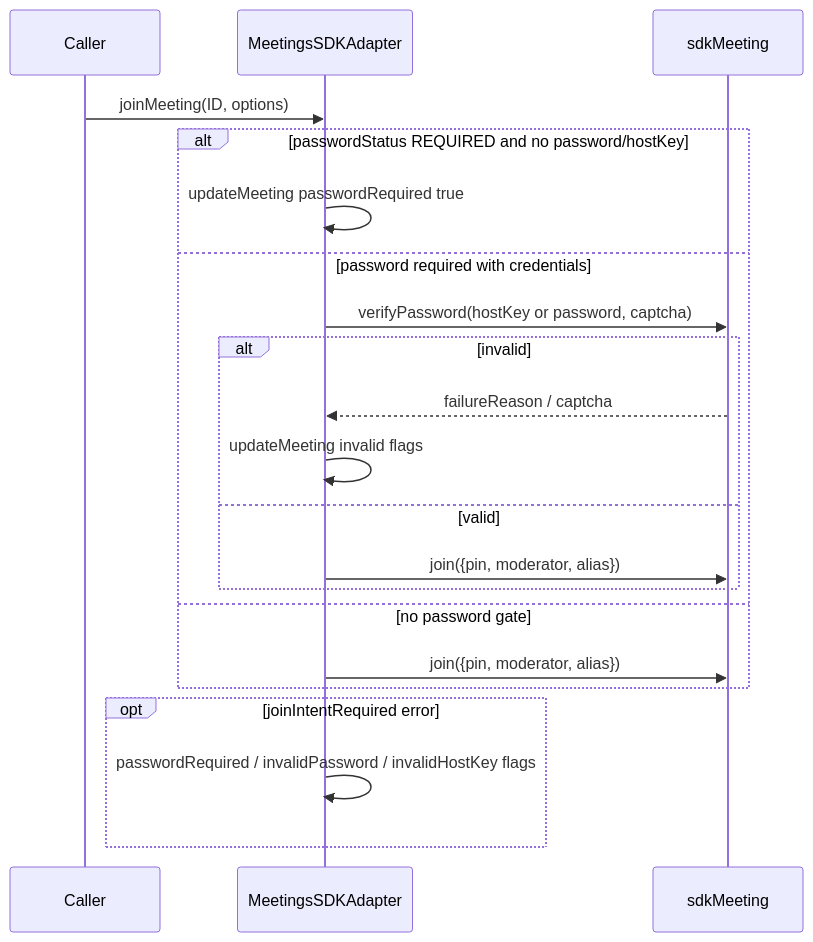
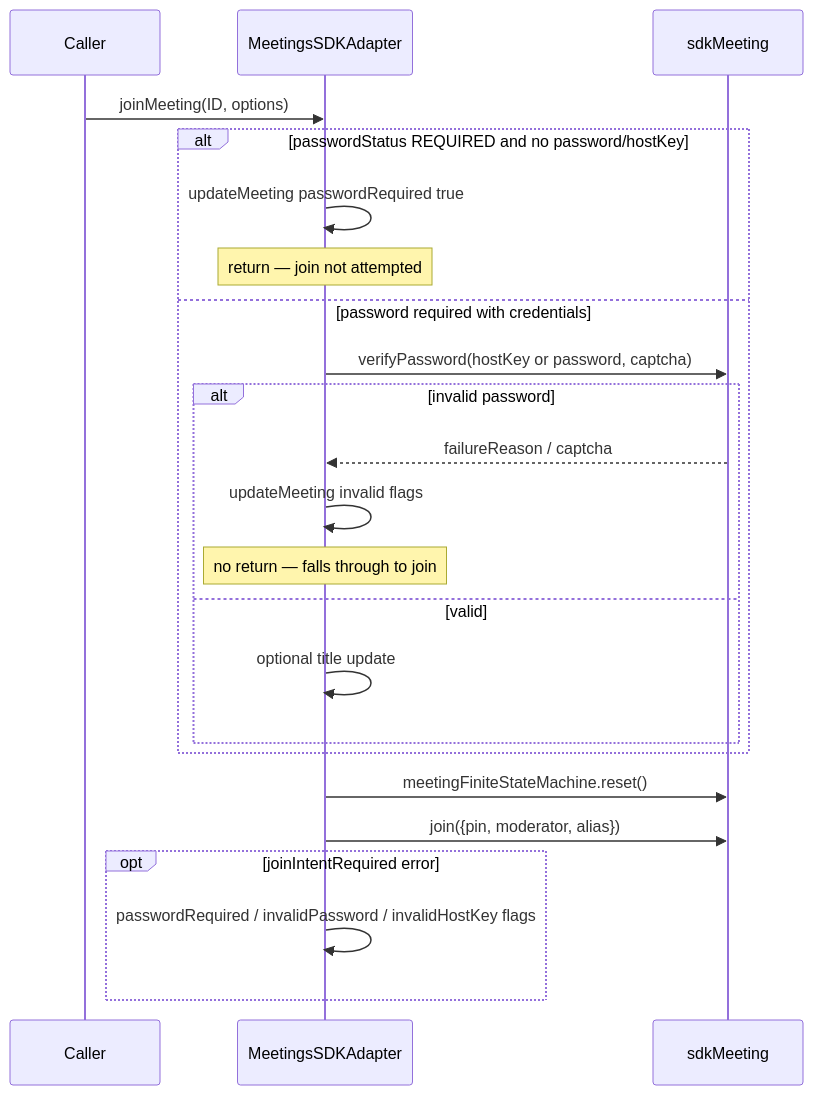
One commit to webex/sdk-component-adapter changed the fourth of 8 diagrams in src/ai-docs/meetings-sdk-adapter-spec.md. Above: the diagram before and after it, drawn with Mermaid. The commit also changed other lines of this file and 10 other files, not shown here.

````diff
--- a/src/ai-docs/meetings-sdk-adapter-spec.md
+++ b/src/ai-docs/meetings-sdk-adapter-spec.md
@@ -187,24 +218,26 @@
 ```mermaid
 sequenceDiagram
   participant Caller
   participant Adapter as MeetingsSDKAdapter
   participant SDK as sdkMeeting
 
   Caller->>Adapter: joinMeeting(ID, options)
   alt passwordStatus REQUIRED and no password/hostKey
     Adapter->>Adapter: updateMeeting passwordRequired true
+    Note over Adapter: return — join not attempted
   else password required with credentials
     Adapter->>SDK: verifyPassword(hostKey or password, captcha)
-    alt invalid
+    alt invalid password
       SDK-->>Adapter: failureReason / captcha
       Adapter->>Adapter: updateMeeting invalid flags
+      Note over Adapter: no return — falls through to join
     else valid
-      Adapter->>SDK: join({pin, moderator, alias})
+      Adapter->>Adapter: optional title update
     end
-  else no password gate
-    Adapter->>SDK: join({pin, moderator, alias})
   end
+  Adapter->>SDK: meetingFiniteStateMachine.reset()
+  Adapter->>SDK: join({pin, moderator, alias})
   opt joinIntentRequired error
     Adapter->>Adapter: passwordRequired / invalidPassword / invalidHostKey flags
   end
 ```
````
